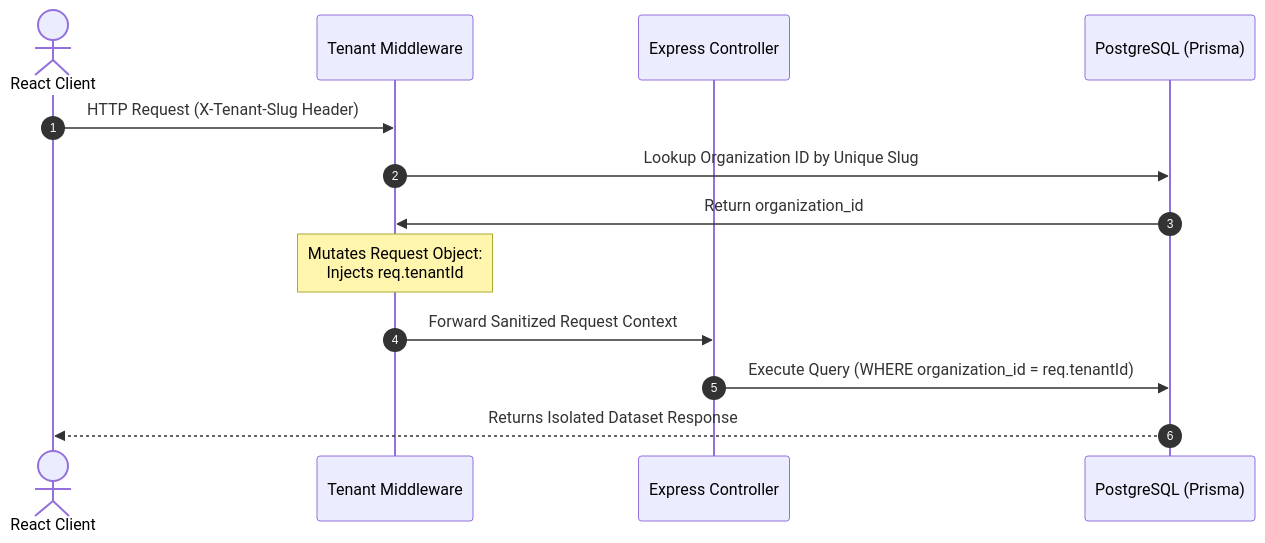
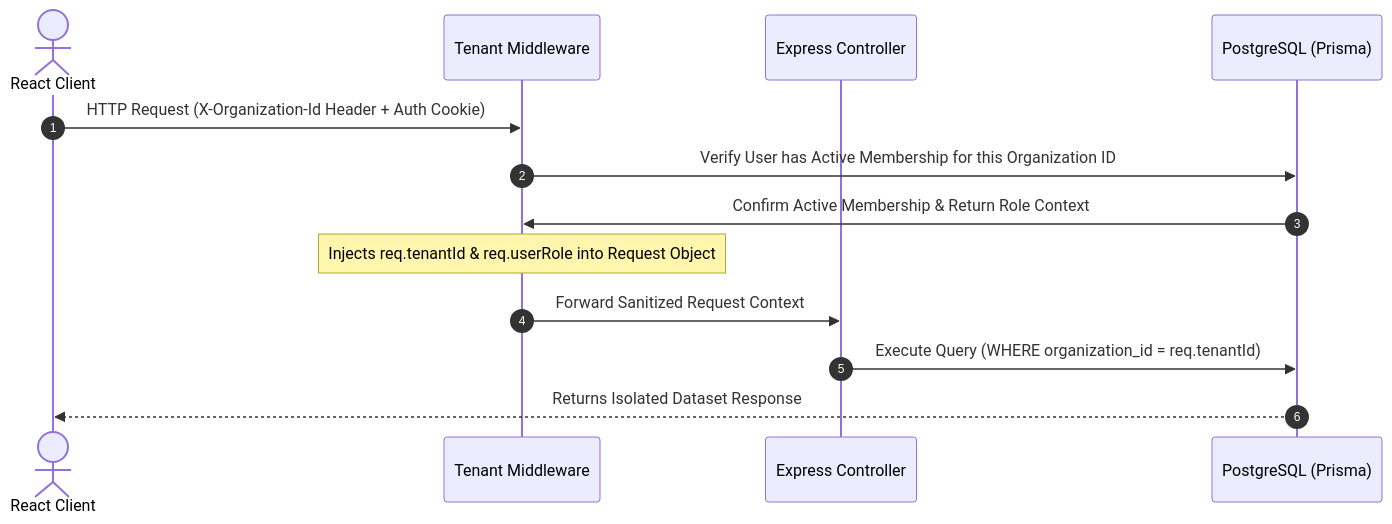
Before and after one commit to mauriciobarda/service-tenant-erp: the second of 2 diagrams in docs/architecture.md, drawn with Mermaid. The commit also changed other lines of this file and 2 other files, not shown here.

Commit message:
docs: privot from slug-based multi-tenancy to user-first authentication

````diff
--- a/docs/architecture.md
+++ b/docs/architecture.md
@@ -109,16 +110,16 @@
 ```mermaid
 sequenceDiagram
     autonumber
     actor Client as React Client
     participant MW as Tenant Middleware
     participant Engine as Express Controller
     participant DB as PostgreSQL (Prisma)
 
-    Client->>MW: HTTP Request (X-Tenant-Slug Header)
-    MW->>DB: Lookup Organization ID by Unique Slug
-    DB->>MW: Return organization_id
-    Note over MW: Mutates Request Object:<br/>Injects req.tenantId
+    Client->>MW: HTTP Request (X-Organization-Id Header + Auth Cookie)
+    MW->>DB: Verify User has Active Membership for this Organization ID
+    DB->>MW: Confirm Active Membership & Return Role Context
+    Note over MW: Injects req.tenantId & req.userRole into Request Object
     MW->>Engine: Forward Sanitized Request Context
     Engine->>DB: Execute Query (WHERE organization_id = req.tenantId)
     DB-->>Client: Returns Isolated Dataset Response
 ```
````
